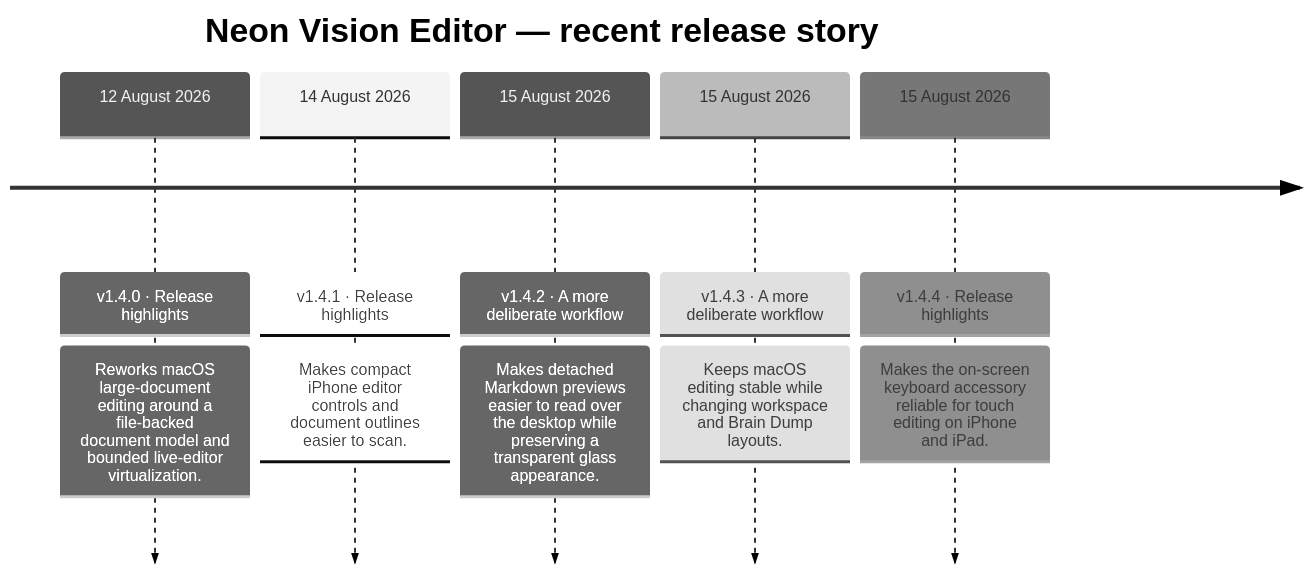
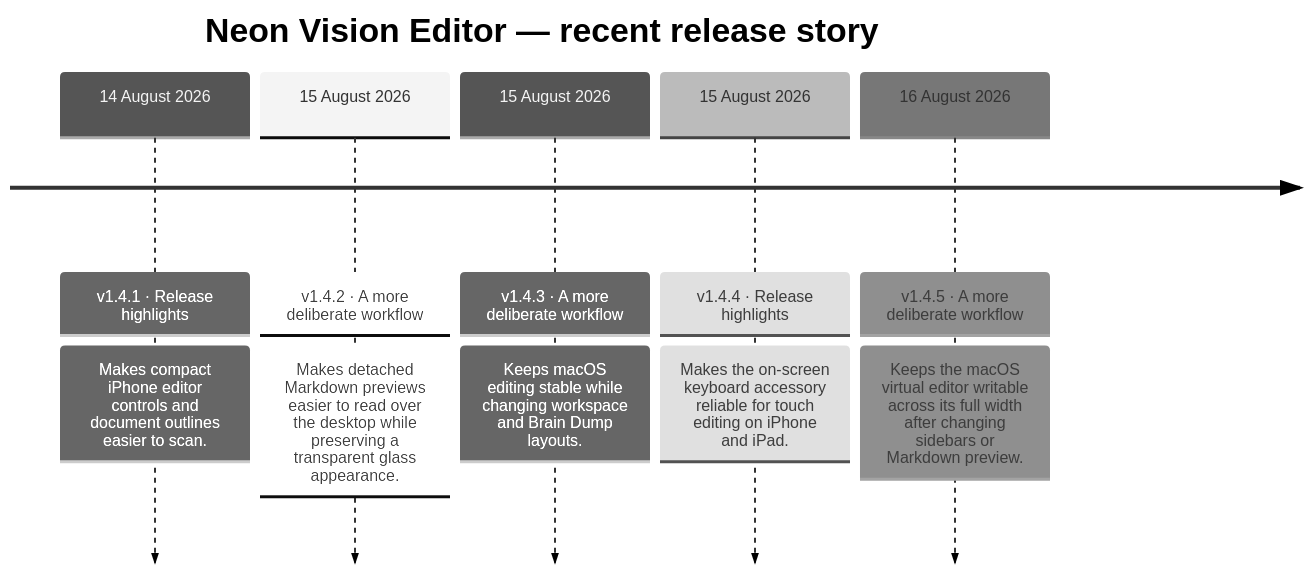
The second of 2 diagrams in README.md (h3pdesign/Neon-Vision-Editor), drawn with Mermaid (neutral theme) before and after one commit. The commit also changed other lines of this file and 10 other files, not shown here.

````diff
--- a/README.md
+++ b/README.md
@@ -766,14 +765,14 @@
 ```mermaid
 timeline
     title Neon Vision Editor — recent release story
-    12 August 2026 : v1.4.0 · Release highlights
-                : Reworks macOS large-document editing around a file-backed document model and bounded live-editor virtualization.
     14 August 2026 : v1.4.1 · Release highlights
                 : Makes compact iPhone editor controls and document outlines easier to scan.
     15 August 2026 : v1.4.2 · A more deliberate workflow
                 : Makes detached Markdown previews easier to read over the desktop while preserving a transparent glass appearance.
     15 August 2026 : v1.4.3 · A more deliberate workflow
                 : Keeps macOS editing stable while changing workspace and Brain Dump layouts.
     15 August 2026 : v1.4.4 · Release highlights
                 : Makes the on-screen keyboard accessory reliable for touch editing on iPhone and iPad.
+    16 August 2026 : v1.4.5 · A more deliberate workflow
+                : Keeps the macOS virtual editor writable across its full width after changing sidebars or Markdown preview.
 ```
````
